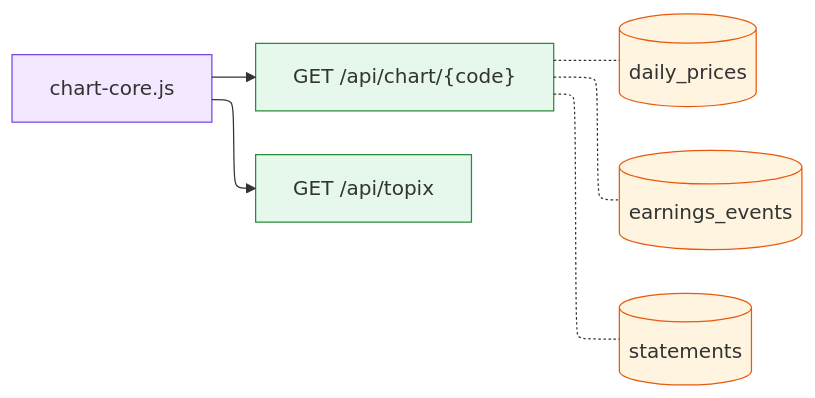
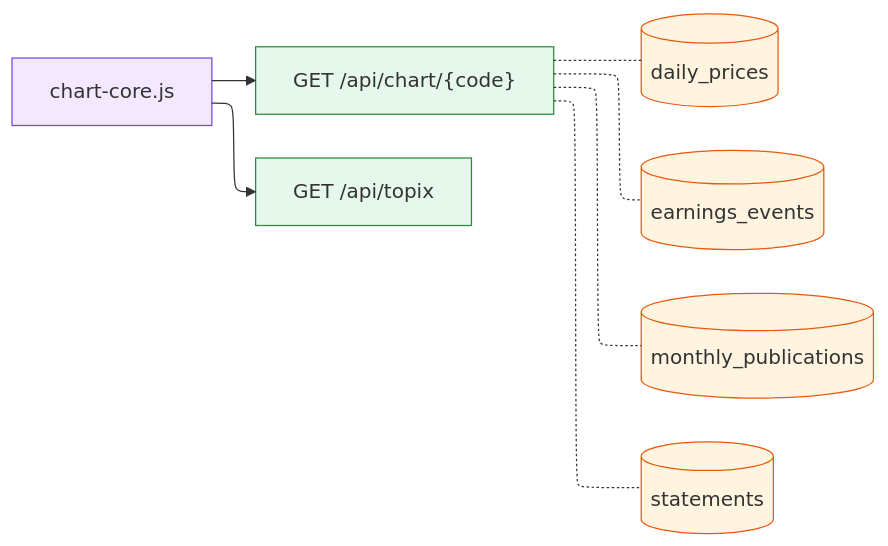
The diagram in docs/screen/gen/common.md (pekumirui/stock-analyzer), drawn with Mermaid before and after one commit. The commit also changed other lines of this file and 19 other files, not shown here.

````diff
--- a/docs/screen/gen/common.md
+++ b/docs/screen/gen/common.md
@@ -9,21 +9,23 @@
 ```mermaid
 ---
 config:
   layout: elk
 ---
 flowchart LR
   n0["chart-core.js"]:::js
   n1["GET /api/chart/{code}"]:::api
   n2["GET /api/topix"]:::api
   n3[("daily_prices")]:::tbl
   n4[("earnings_events")]:::tbl
-  n5[("statements")]:::tbl
+  n5[("monthly_publications")]:::tbl
+  n6[("statements")]:::tbl
   n0 --> n1
   n1 -.- n3
   n1 -.- n4
   n1 -.- n5
+  n1 -.- n6
   n0 --> n2
   classDef js fill:#f3e8ff,stroke:#7048e8
   classDef api fill:#e6f7ec,stroke:#2b8a3e
   classDef tbl fill:#fff4e0,stroke:#e8590c
 ```
````
